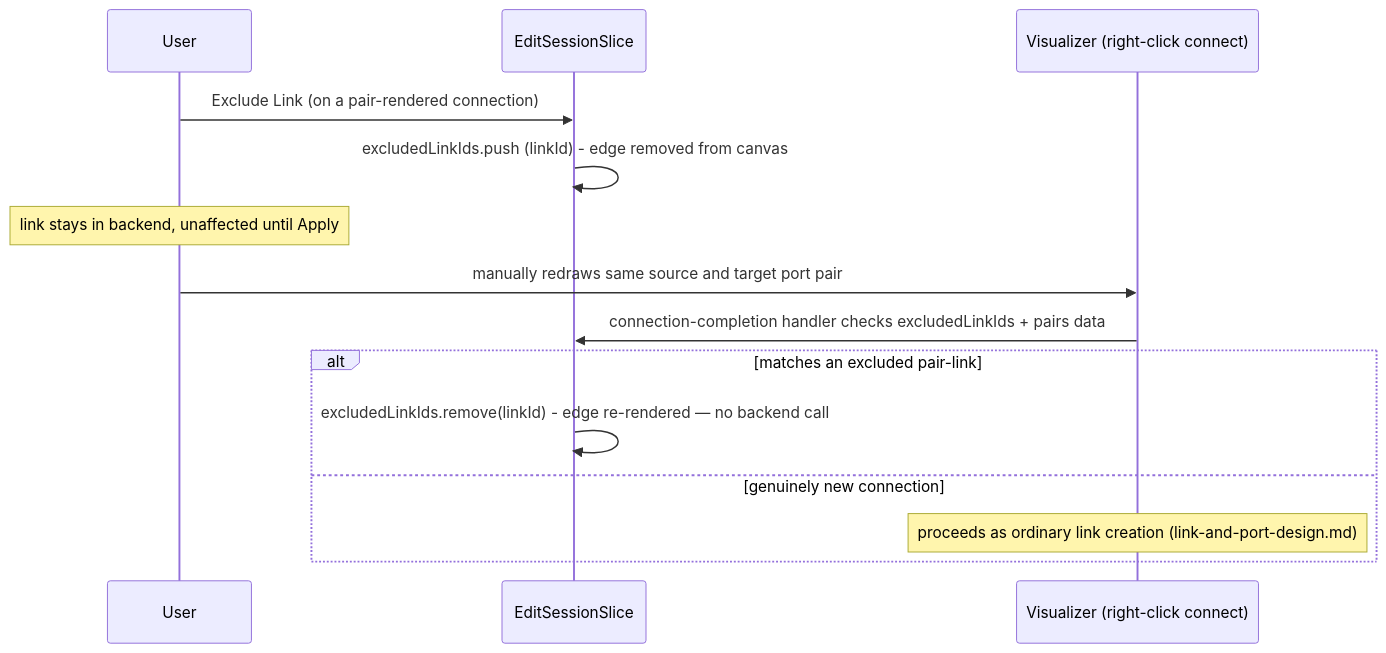
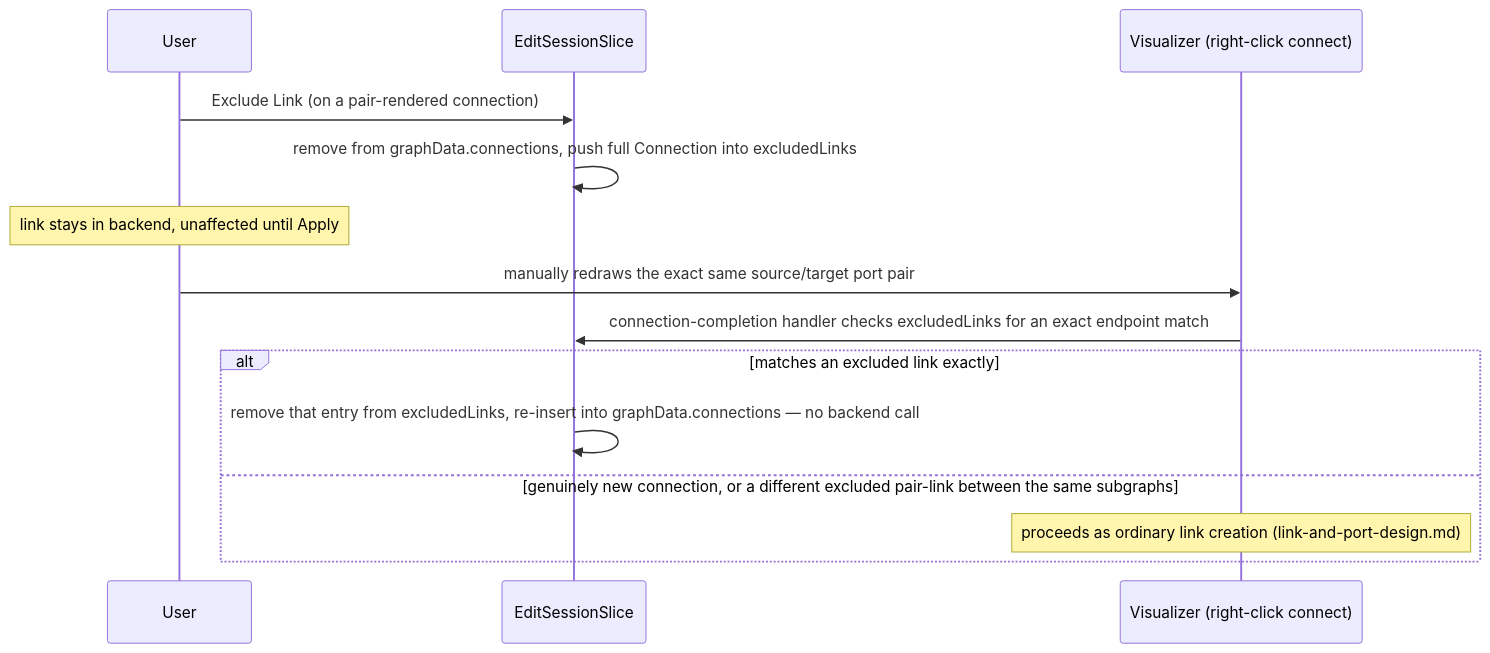
The third of 3 diagrams in docs/graph-designer-edit/design/node-operations-design.md (ramesh521/audioreach-creator-ui-2), drawn with Mermaid before and after one commit. The commit also changed other lines of this file and 5 other files, not shown here.

````diff
--- a/docs/graph-designer-edit/design/node-operations-design.md
+++ b/docs/graph-designer-edit/design/node-operations-design.md
@@ -572,17 +719,17 @@
 ```mermaid
 sequenceDiagram
   participant U as User
   participant ES as EditSessionSlice
   participant V as Visualizer (right-click connect)
 
   U->>ES: Exclude Link (on a pair-rendered connection)
-  ES->>ES: excludedLinkIds.push (linkId) - edge removed from canvas
+  ES->>ES: remove from graphData.connections, push full Connection into excludedLinks
   Note over U: link stays in backend, unaffected until Apply
-  U->>V: manually redraws same source and target port pair
-  V->>ES: connection-completion handler checks excludedLinkIds + pairs data
-  alt matches an excluded pair-link
-    ES->>ES: excludedLinkIds.remove(linkId) - edge re-rendered — no backend call
-  else genuinely new connection
+  U->>V: manually redraws the exact same source/target port pair
+  V->>ES: connection-completion handler checks excludedLinks for an exact endpoint match
+  alt matches an excluded link exactly
+    ES->>ES: remove that entry from excludedLinks, re-insert into graphData.connections — no backend call
+  else genuinely new connection, or a different excluded pair-link between the same subgraphs
     Note over V: proceeds as ordinary link creation (link-and-port-design.md)
   end
 ```
````
